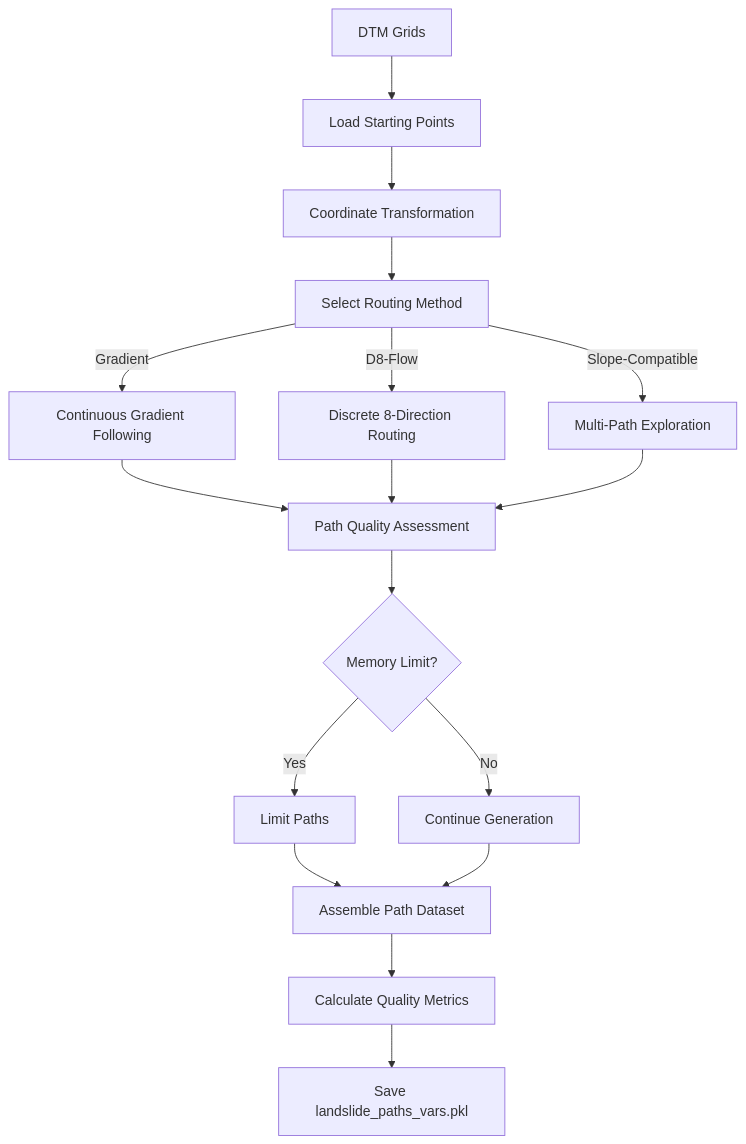
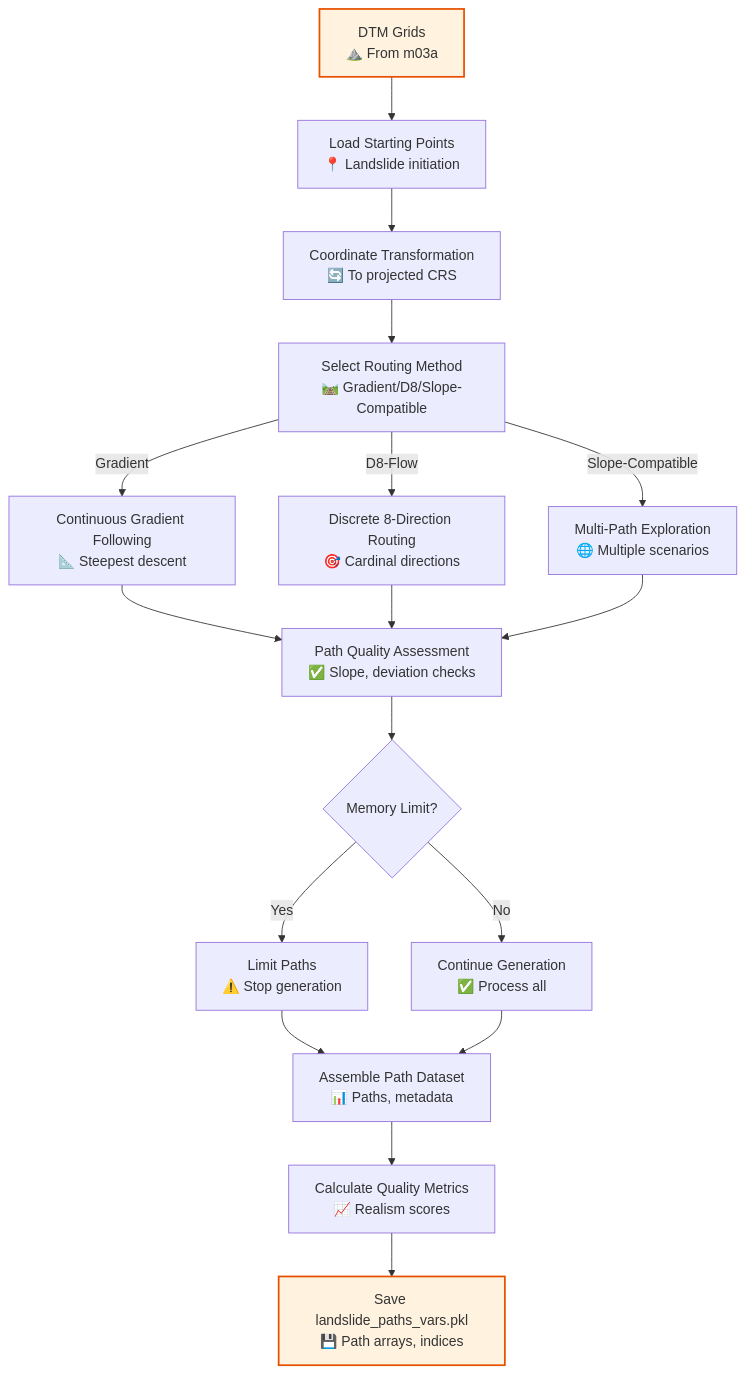
Before and after one commit to sasa-misia/P-SLIP: the diagram in docs/scripts/mains/m04d_landslides_paths.md, drawn with Mermaid. The commit also changed 15 other files, not shown here.

Commit message:
docs: enhance documentation with detailed flowcharts and improve clarity in process descriptions

````diff
--- a/docs/scripts/mains/m04d_landslides_paths.md
+++ b/docs/scripts/mains/m04d_landslides_paths.md
@@ -460,19 +460,24 @@
 ```mermaid
 graph TD
-    A[DTM Grids] --> B[Load Starting Points]
-    B --> C[Coordinate Transformation]
-    C --> D[Select Routing Method]
-    D -->|Gradient| E[Continuous Gradient Following]
-    D -->|D8-Flow| F[Discrete 8-Direction Routing]
-    D -->|Slope-Compatible| G[Multi-Path Exploration]
-    E --> H[Path Quality Assessment]
+    %% Landslide Paths Flow
+    A["DTM Grids<br/>⛰️ From m03a"] --> B["Load Starting Points<br/>📍 Landslide initiation"]
+    B --> C["Coordinate Transformation<br/>🔄 To projected CRS"]
+    C --> D["Select Routing Method<br/>🛤️ Gradient/D8/Slope-Compatible"]
+    D -->|Gradient| E["Continuous Gradient Following<br/>📐 Steepest descent"]
+    D -->|D8-Flow| F["Discrete 8-Direction Routing<br/>🎯 Cardinal directions"]
+    D -->|Slope-Compatible| G["Multi-Path Exploration<br/>🌐 Multiple scenarios"]
+    E --> H["Path Quality Assessment<br/>✅ Slope, deviation checks"]
     F --> H
     G --> H
     H --> I{Memory Limit?}
-    I -->|Yes| J[Limit Paths]
-    I -->|No| K[Continue Generation]
-    J --> L[Assemble Path Dataset]
+    I -->|Yes| J["Limit Paths<br/>⚠️ Stop generation"]
+    I -->|No| K["Continue Generation<br/>✅ Process all"]
+    J --> L["Assemble Path Dataset<br/>📊 Paths, metadata"]
     K --> L
-    L --> M[Calculate Quality Metrics]
-    M --> N[Save landslide_paths_vars.pkl]
+    L --> M["Calculate Quality Metrics<br/>📈 Realism scores"]
+    M --> N["Save landslide_paths_vars.pkl<br/>💾 Path arrays, indices"]
+    
+    %% Styling
+    style A fill:#fff3e0,stroke:#e65100,stroke-width:2px
+    style N fill:#fff3e0,stroke:#e65100,stroke-width:2px
 ```
````
